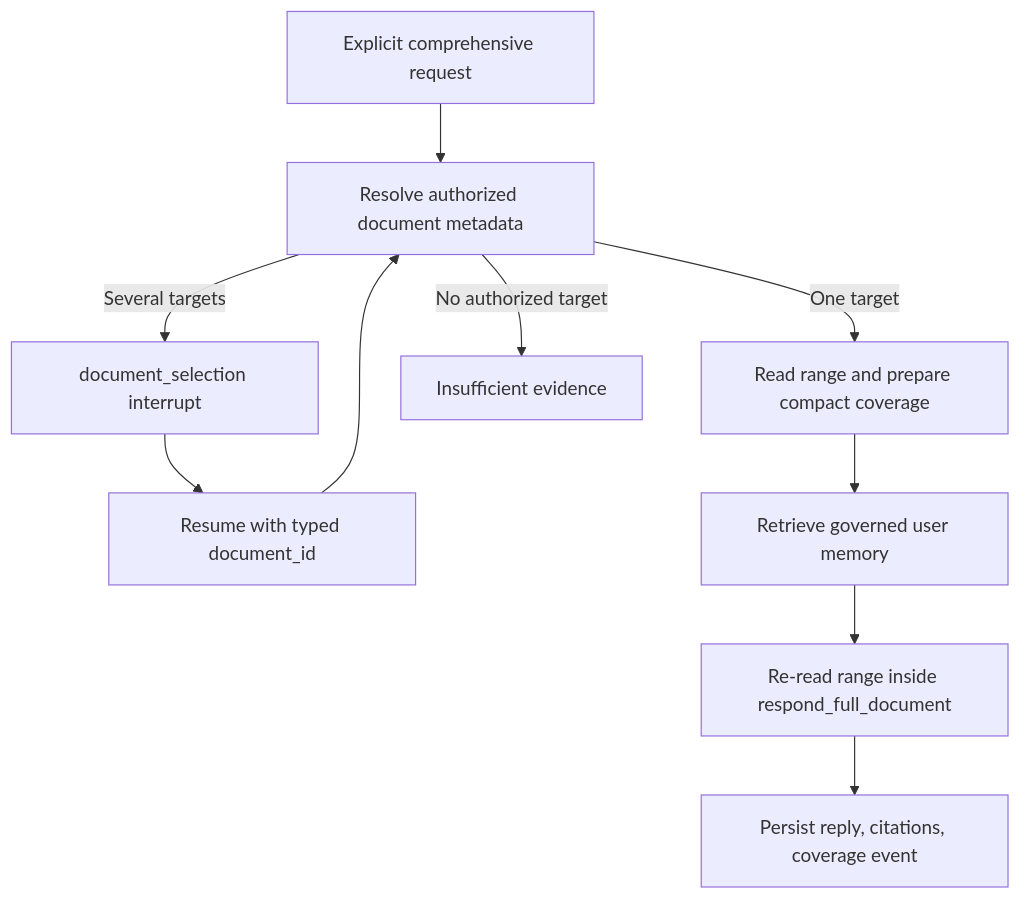
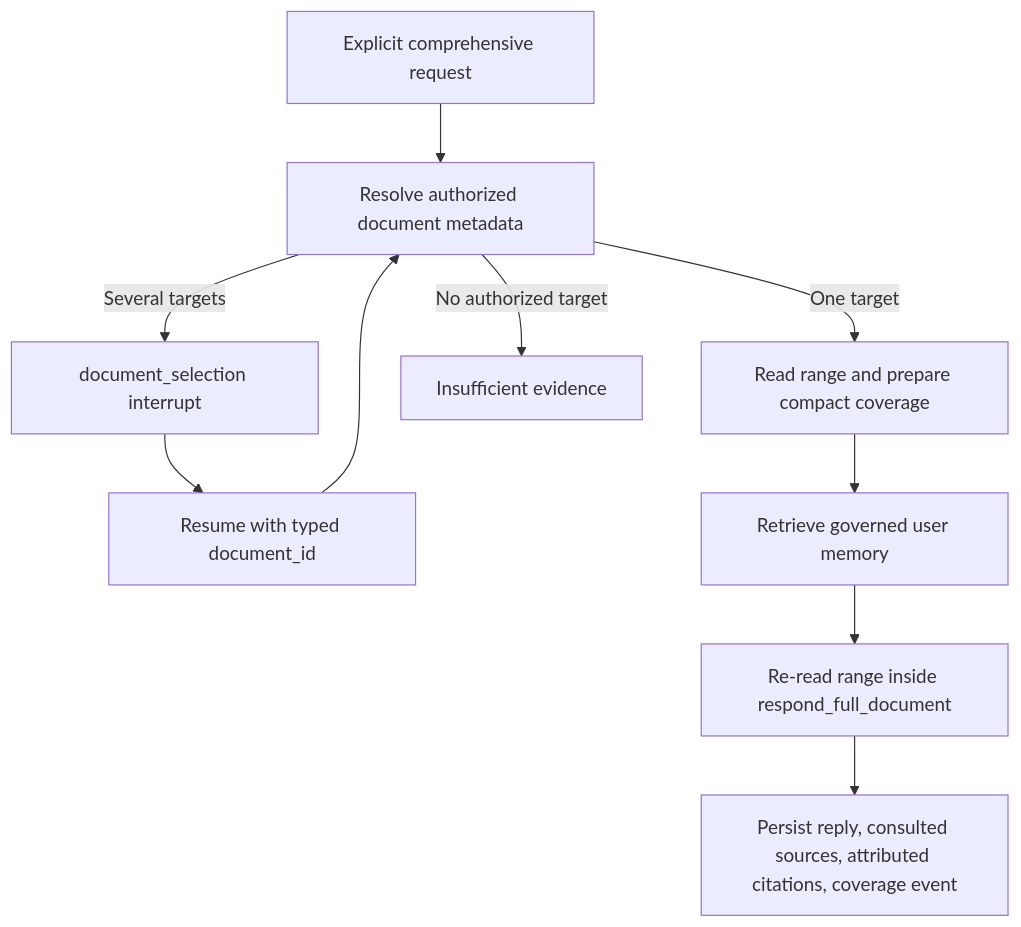
The diagram in docs/learning/16-full-document-retrieval-coverage-and-safety.md (heecheon92/my-agents), drawn with Mermaid before and after one commit. The commit also changed other lines of this file and 46 other files, not shown here.

````diff
--- a/docs/learning/16-full-document-retrieval-coverage-and-safety.md
+++ b/docs/learning/16-full-document-retrieval-coverage-and-safety.md
@@ -74,12 +75,12 @@
 ```mermaid
 flowchart TD
     Start["Explicit comprehensive request"] --> Resolve["Resolve authorized document metadata"]
     Resolve -->|One target| Prepare["Read range and prepare compact coverage"]
     Resolve -->|Several targets| Select["document_selection interrupt"]
     Select --> Resume["Resume with typed document_id"]
     Resume --> Resolve
     Resolve -->|No authorized target| Stop["Insufficient evidence"]
     Prepare --> Memory["Retrieve governed user memory"]
     Memory --> Respond["Re-read range inside respond_full_document"]
-    Respond --> Persist["Persist reply, citations, coverage event"]
+    Respond --> Persist["Persist reply, consulted sources, attributed citations, coverage event"]
 ```
````
